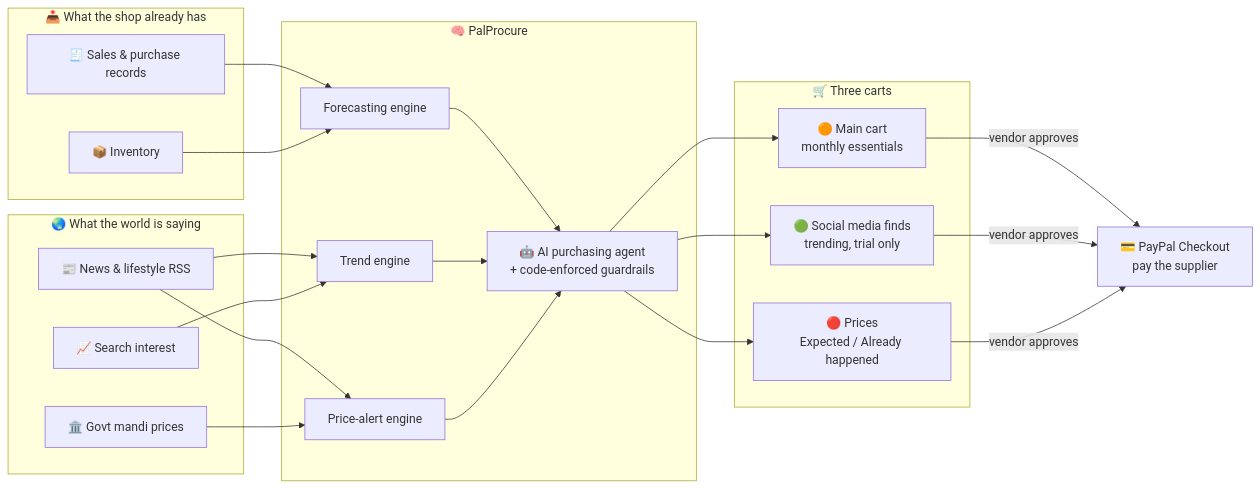
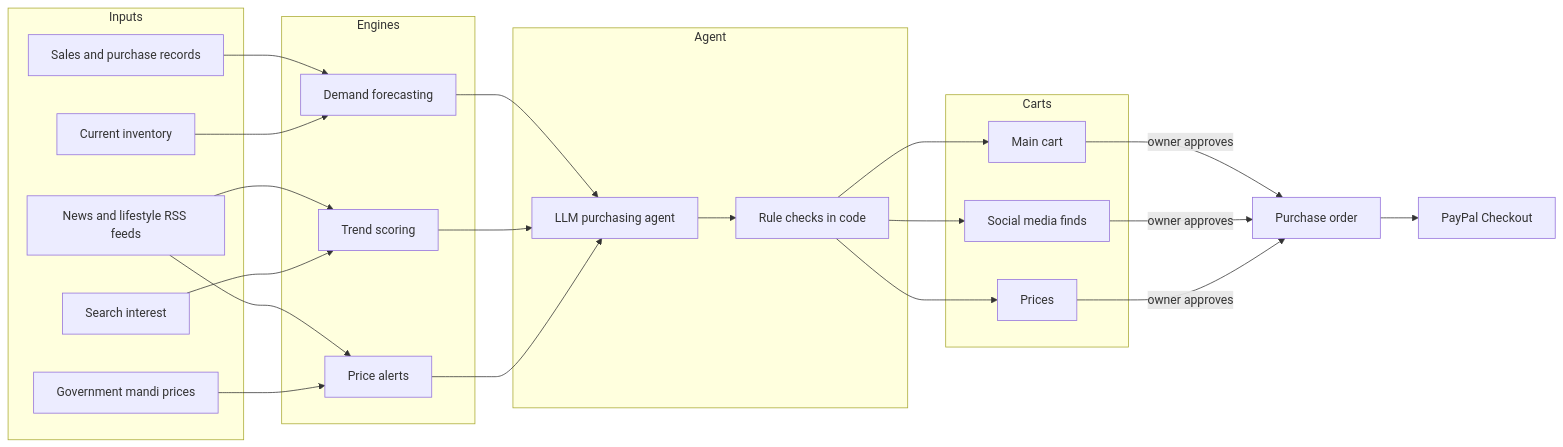
Before and after one commit to manasx0705/Paypal_Hackathon-project: the first of 7 diagrams in README.md, drawn with Mermaid. The commit also changed other lines of this file and 3 other files, not shown here.

````diff
--- a/README.md
+++ b/README.md
@@ -39,40 +58,44 @@
 ```mermaid
 flowchart LR
-    subgraph IN["📥 What the shop already has"]
-        S["🧾 Sales & purchase records"]
-        I["📦 Inventory"]
+    subgraph Inputs
+        A[Sales and purchase records]
+        B[Current inventory]
+        C[News and lifestyle RSS feeds]
+        D[Search interest]
+        E[Government mandi prices]
     end
-    subgraph WORLD["🌏 What the world is saying"]
-        N["📰 News & lifestyle RSS"]
-        G["📈 Search interest"]
-        M["🏛️ Govt mandi prices"]
+    subgraph Engines
+        F[Demand forecasting]
+        G[Trend scoring]
+        H[Price alerts]
     end
-    subgraph BRAIN["🧠 PalProcure"]
-        F["Forecasting engine"]
-        T["Trend engine"]
-        P["Price-alert engine"]
-        A["🤖 AI purchasing agent<br/>+ code-enforced guardrails"]
+    subgraph Agent
+        I[LLM purchasing agent]
+        J[Rule checks in code]
     end
-    subgraph OUT["🛒 Three carts"]
-        C1["🟠 Main cart<br/>monthly essentials"]
-        C2["🟢 Social media finds<br/>trending, trial only"]
-        C3["🔴 Prices<br/>Expected / Already happened"]
+    subgraph Carts
+        K[Main cart]
+        L[Social media finds]
+        M[Prices]
     end
-    PAY["💳 PayPal Checkout<br/>pay the supplier"]
+    N[Purchase order]
+    O[PayPal Checkout]
 
-    S --> F
-    I --> F
-    N --> T
-    G --> T
-    N --> P
-    M --> P
-    F --> A
-    T --> A
-    P --> A
-    A --> C1
-    A --> C2
-    A --> C3
-    C1 -->|vendor approves| PAY
-    C2 -->|vendor approves| PAY
-    C3 -->|vendor approves| PAY
+    A --> F
+    B --> F
+    C --> G
+    D --> G
+    C --> H
+    E --> H
+    F --> I
+    G --> I
+    H --> I
+    I --> J
+    J --> K
+    J --> L
+    J --> M
+    K -->|owner approves| N
+    L -->|owner approves| N
+    M -->|owner approves| N
+    N --> O
 ```
````
